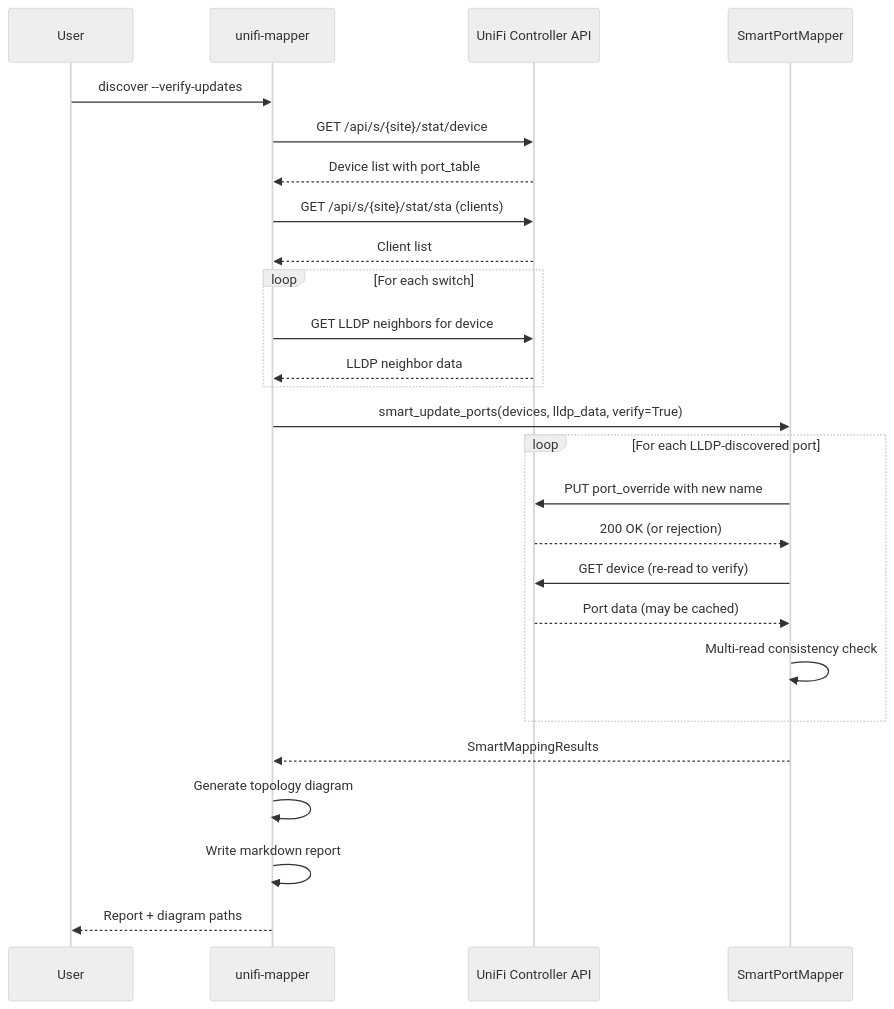
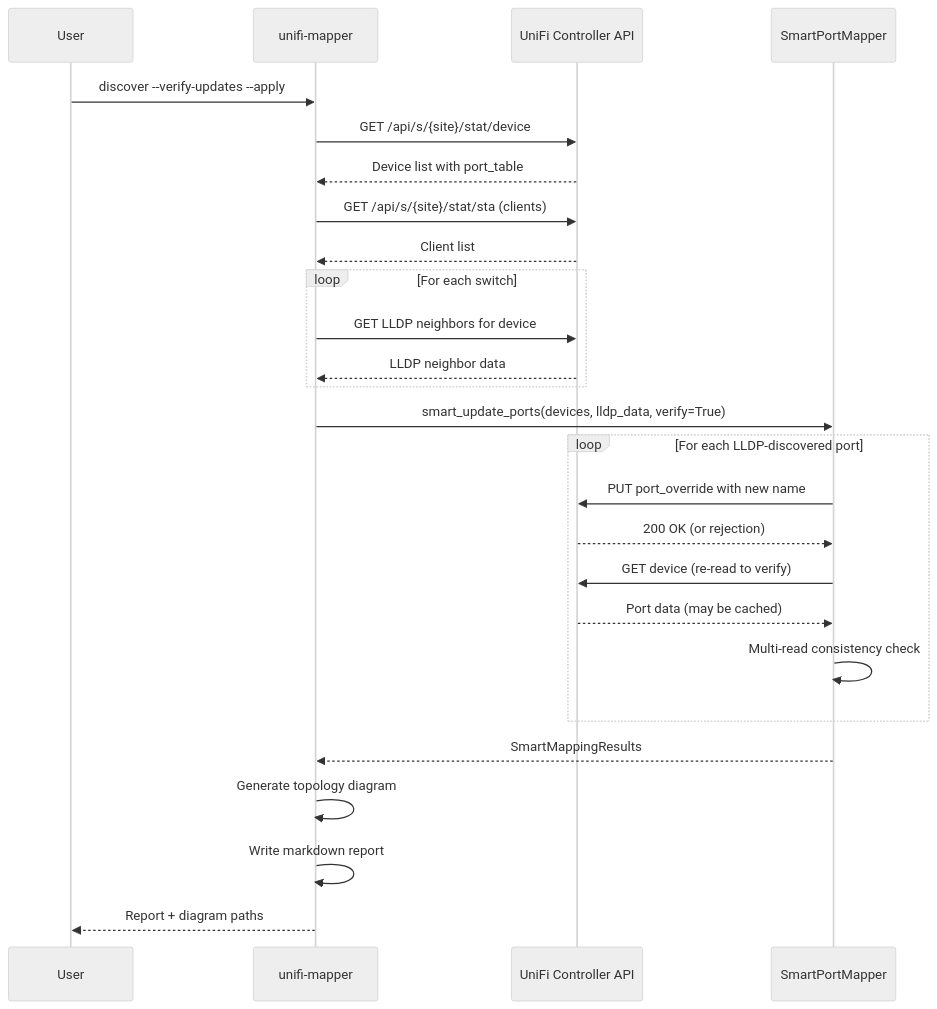
Before and after one commit to NetDevAutomate/unifi_management_cli: the third of 20 diagrams in docs/guides/use-cases-and-howto.md, drawn with Mermaid (neutral theme). The commit also changed other lines of this file and 1 other file, not shown here.

First line of the commit message:
docs(guides): fix stale counts and discover semantics in the use-cases guide

````diff
--- a/docs/guides/use-cases-and-howto.md
+++ b/docs/guides/use-cases-and-howto.md
@@ -282,29 +303,29 @@
 ```mermaid
 sequenceDiagram
     participant User
     participant CLI as unifi-mapper
     participant API as UniFi Controller API
     participant SPM as SmartPortMapper
 
-    User->>CLI: discover --verify-updates
+    User->>CLI: discover --verify-updates --apply
     CLI->>API: GET /api/s/{site}/stat/device
     API-->>CLI: Device list with port_table
     CLI->>API: GET /api/s/{site}/stat/sta (clients)
     API-->>CLI: Client list
     loop For each switch
         CLI->>API: GET LLDP neighbors for device
         API-->>CLI: LLDP neighbor data
     end
     CLI->>SPM: smart_update_ports(devices, lldp_data, verify=True)
     loop For each LLDP-discovered port
         SPM->>API: PUT port_override with new name
         API-->>SPM: 200 OK (or rejection)
         SPM->>API: GET device (re-read to verify)
         API-->>SPM: Port data (may be cached)
         SPM->>SPM: Multi-read consistency check
     end
     SPM-->>CLI: SmartMappingResults
     CLI->>CLI: Generate topology diagram
     CLI->>CLI: Write markdown report
     CLI-->>User: Report + diagram paths
 ```
````
